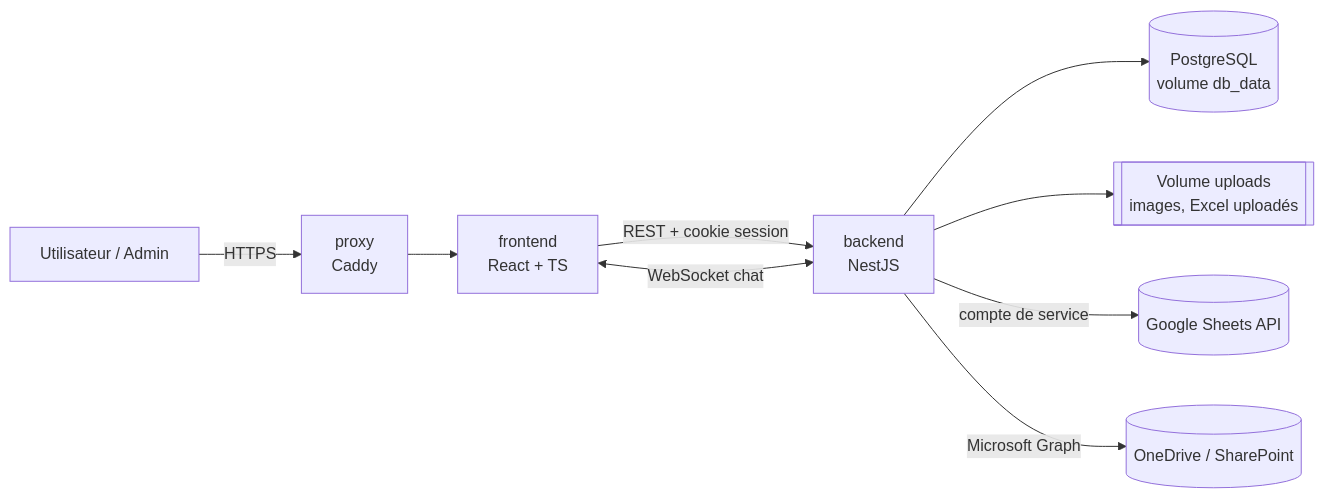
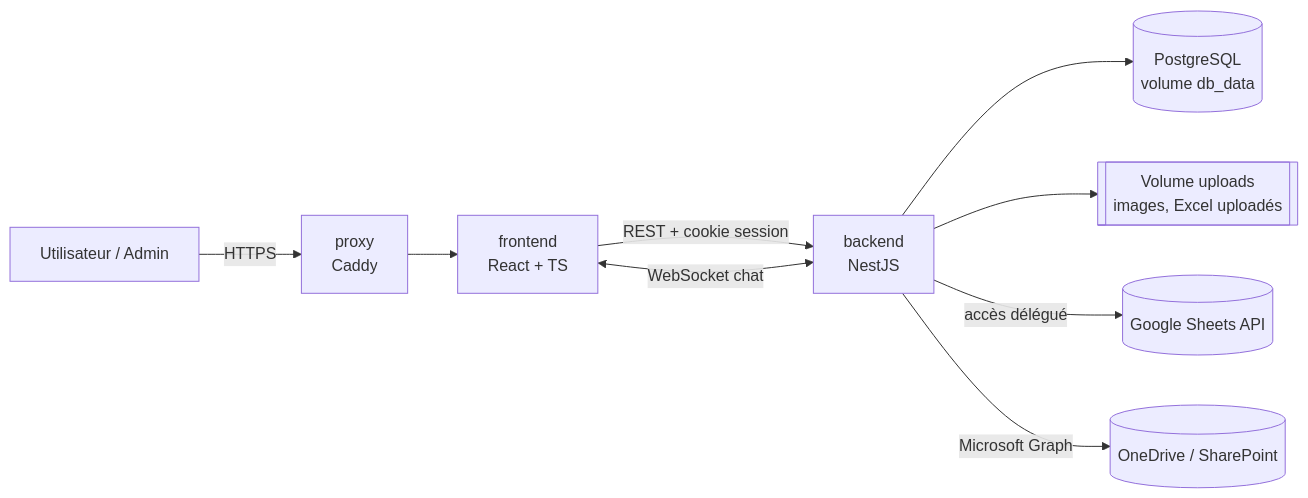
One commit to NL-Des/Strategos changed the first of 2 diagrams in references/architecture.md. Above: the diagram before and after it, drawn with Mermaid. The commit also changed other lines of this file and 43 other files, not shown here.

````diff
--- a/references/architecture.md
+++ b/references/architecture.md
@@ -30,11 +30,11 @@
 ```mermaid
 flowchart LR
     U[Utilisateur / Admin] -->|HTTPS| PX[proxy<br/>Caddy]
     PX --> FE[frontend<br/>React + TS]
     FE -->|REST + cookie session| BE[backend<br/>NestJS]
     FE <-->|WebSocket chat| BE
     BE --> DB[(PostgreSQL<br/>volume db_data)]
     BE --> FS[[Volume uploads<br/>images, Excel uploadés]]
-    BE -->|compte de service| GS[(Google Sheets API)]
+    BE -->|accès délégué| GS[(Google Sheets API)]
     BE -->|Microsoft Graph| OD[(OneDrive / SharePoint)]
 ```
````
